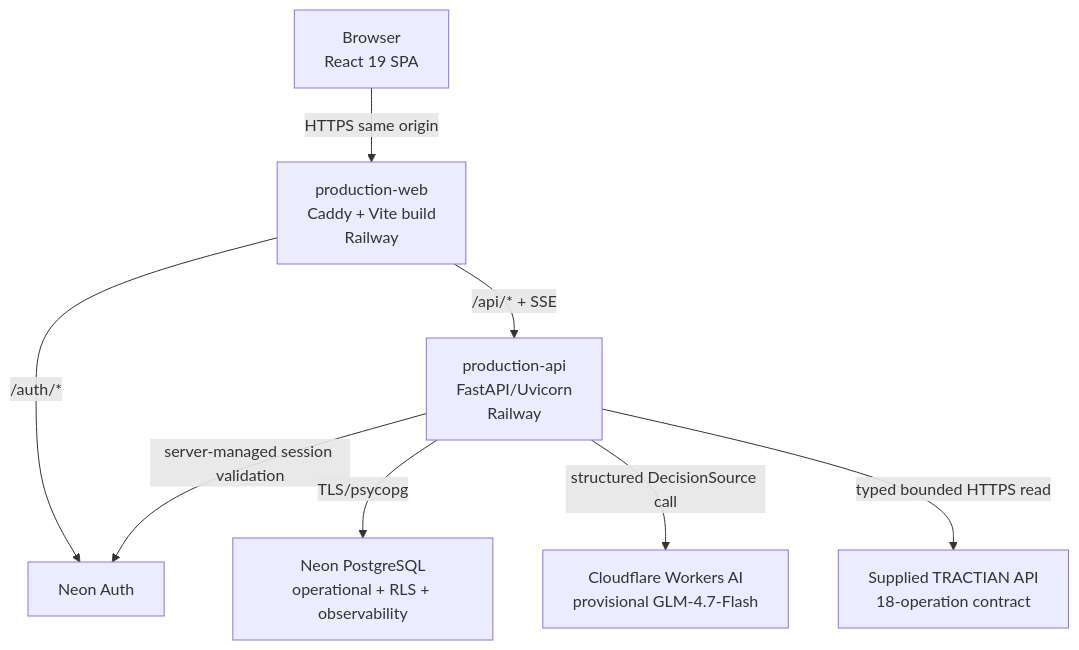
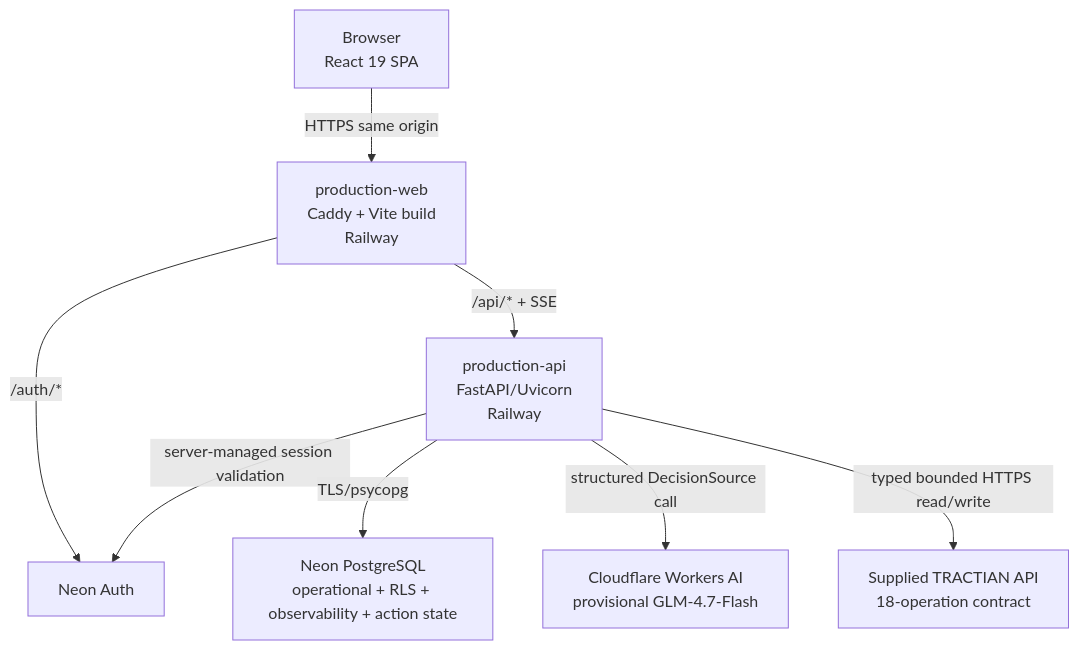
Before and after one commit to pablo-marchina/academy-tractian: the second of 4 diagrams in docs/ARCHITECTURE.md, drawn with Mermaid. The commit also changed other lines of this file, not shown here.

Commit message:
docs: synchronize production architecture and action identity boundaries

````diff
--- a/docs/ARCHITECTURE.md
+++ b/docs/ARCHITECTURE.md
@@ -33,18 +33,18 @@
 ```mermaid
 flowchart TB
     B[Browser\nReact 19 SPA]
     W[production-web\nCaddy + Vite build\nRailway]
     API[production-api\nFastAPI/Uvicorn\nRailway]
     AUTH[Neon Auth]
-    DB[Neon PostgreSQL\noperational + RLS + observability]
+    DB[Neon PostgreSQL\noperational + RLS + observability + action state]
     CF[Cloudflare Workers AI\nprovisional GLM-4.7-Flash]
     TR[Supplied TRACTIAN API\n18-operation contract]
 
     B -->|HTTPS same origin| W
     W -->|/auth/*| AUTH
     W -->|/api/* + SSE| API
     API -->|server-managed session validation| AUTH
     API -->|TLS/psycopg| DB
     API -->|structured DecisionSource call| CF
-    API -->|typed bounded HTTPS read| TR
+    API -->|typed bounded HTTPS read/write| TR
 ```
````
